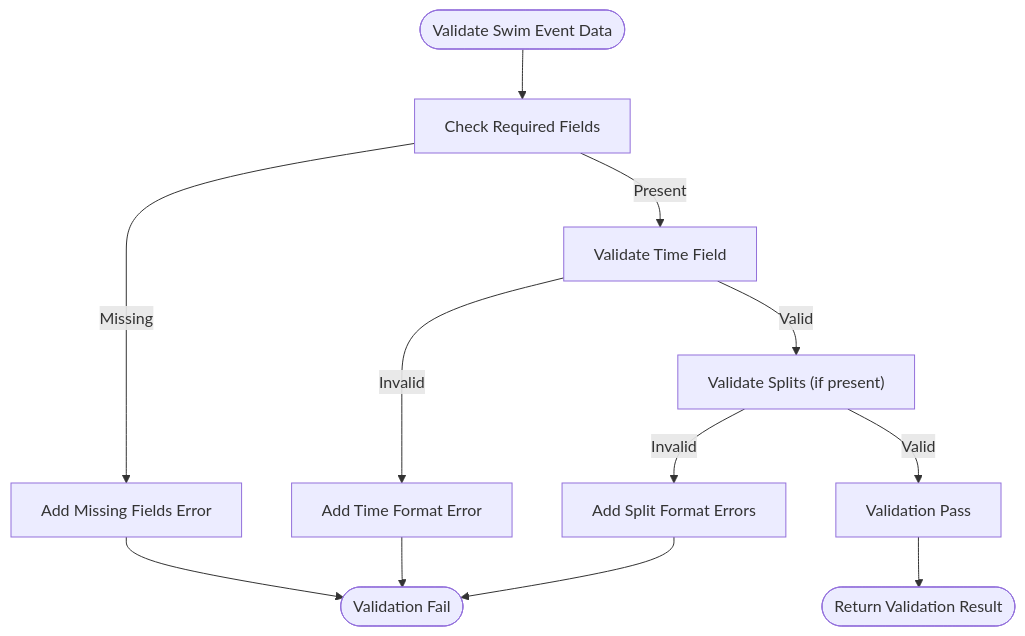
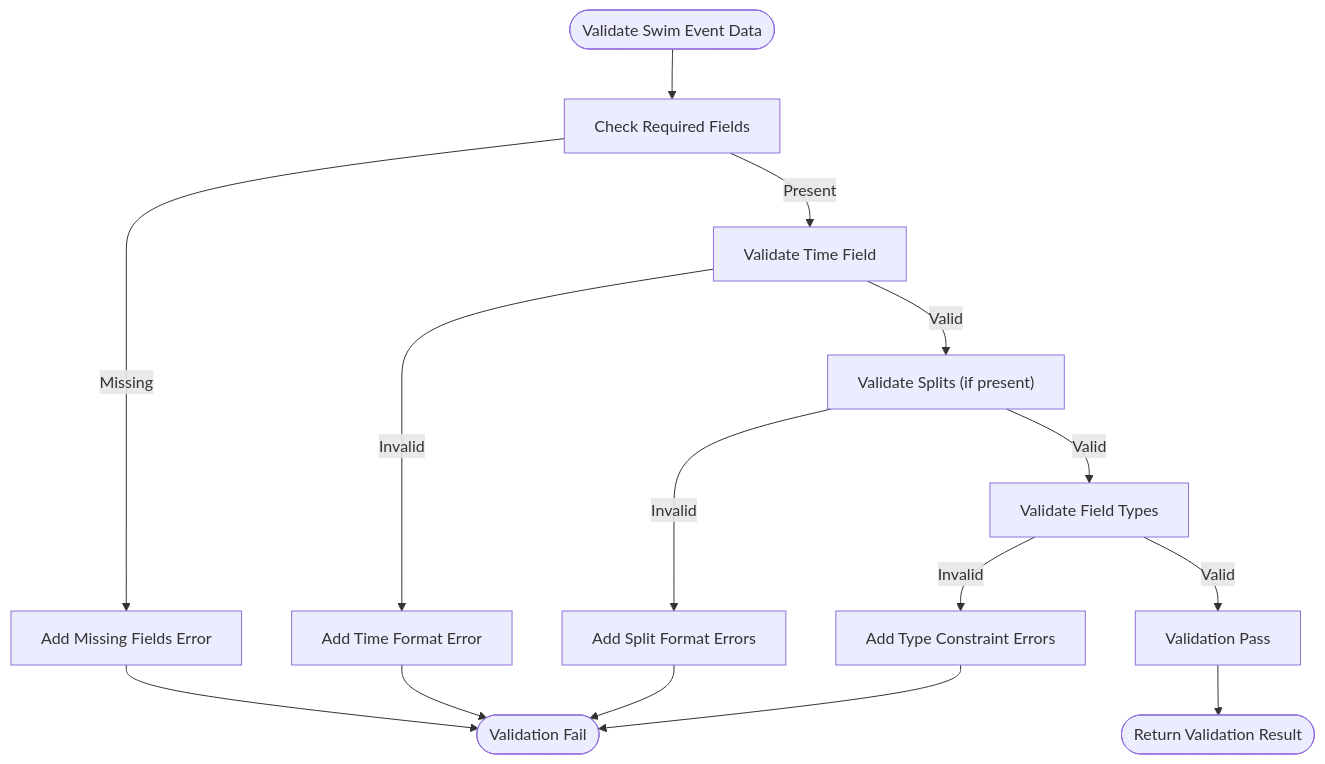
Before and after one commit to Johnny22056/SwimingStatus: the sixth of 8 diagrams in .qoder/repowiki/en/content/Feature Modules/OCR Integration.md, drawn with Mermaid. The commit also changed other lines of this file and 8 other files, not shown here.

````diff
--- a/.qoder/repowiki/en/content/Feature Modules/OCR Integration.md
+++ b/.qoder/repowiki/en/content/Feature Modules/OCR Integration.md
@@ -270,14 +338,17 @@
 ```mermaid
 flowchart TD
 VStart(["Validate Swim Event Data"]) --> ReqFields["Check Required Fields"]
 ReqFields --> |Missing| AddReqErr["Add Missing Fields Error"]
 ReqFields --> |Present| CheckTime["Validate Time Field"]
 CheckTime --> |Invalid| AddTimeErr["Add Time Format Error"]
 CheckTime --> |Valid| CheckSplits["Validate Splits (if present)"]
 CheckSplits --> |Invalid| AddSplitErr["Add Split Format Errors"]
-CheckSplits --> |Valid| Pass["Validation Pass"]
+CheckSplits --> |Valid| TypeCheck["Validate Field Types"]
+TypeCheck --> |Invalid| AddTypeErr["Add Type Constraint Errors"]
+TypeCheck --> |Valid| Pass["Validation Pass"]
 AddReqErr --> Fail(["Validation Fail"])
 AddTimeErr --> Fail
 AddSplitErr --> Fail
+AddTypeErr --> Fail
 Pass --> DoneV(["Return Validation Result"])
 ```
````
